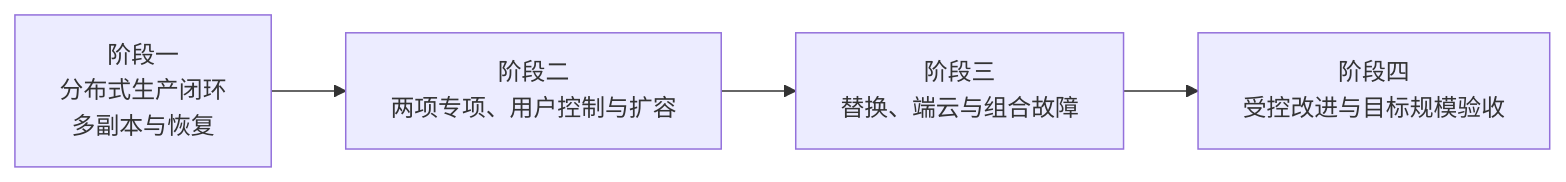
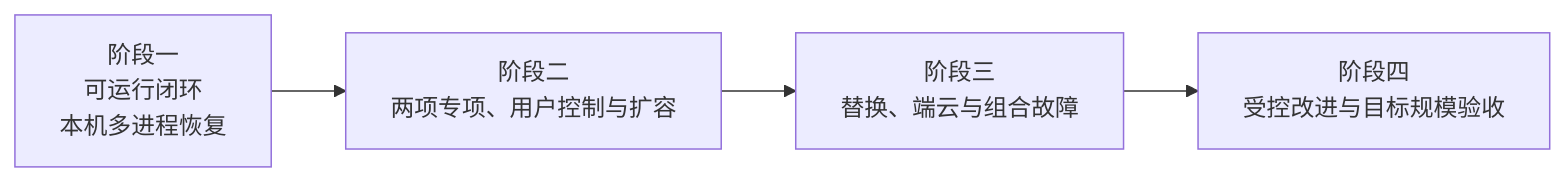
Before and after one commit to ruipengliu/lerna: the diagram in docs/architecture/validation/README.md, drawn with Mermaid. The commit also changed other lines of this file and 20 other files, not shown here.

````diff
--- a/docs/architecture/validation/README.md
+++ b/docs/architecture/validation/README.md
@@ -182,6 +182,6 @@
 ```mermaid
 flowchart LR
-    P1[阶段一<br/>分布式生产闭环<br/>多副本与恢复] --> P2[阶段二<br/>两项专项、用户控制与扩容]
+    P1[阶段一<br/>可运行闭环<br/>本机多进程恢复] --> P2[阶段二<br/>两项专项、用户控制与扩容]
     P2 --> P3[阶段三<br/>替换、端云与组合故障]
     P3 --> P4[阶段四<br/>受控改进与目标规模验收]
 ```
````
